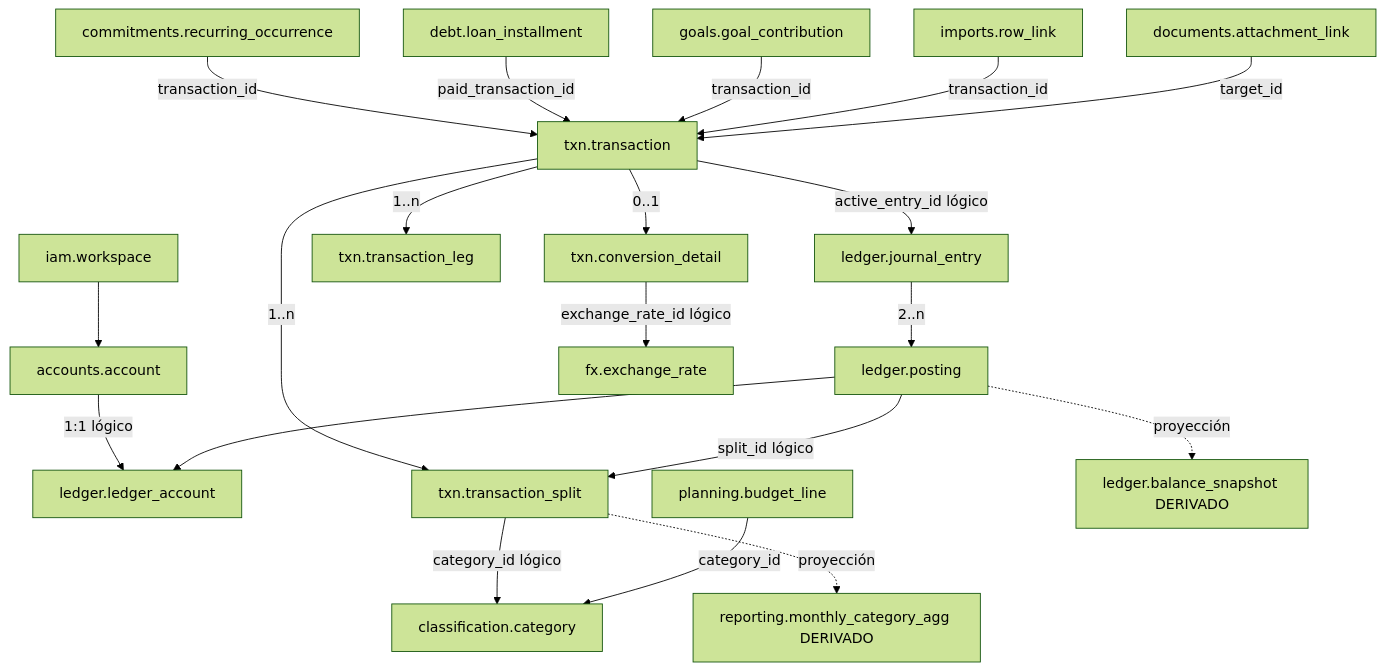
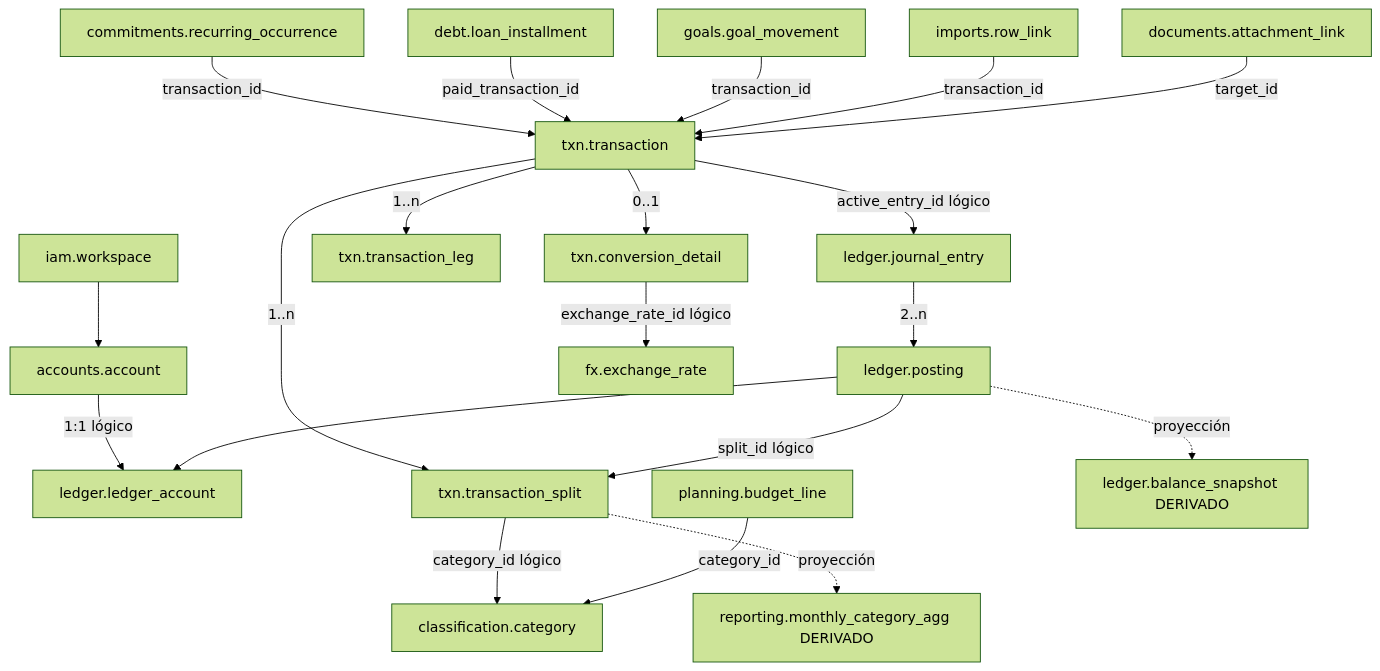
Before and after one commit to manuXD270516/personal-finances: the second of 22 diagrams in docs/08-data-model.md, drawn with Mermaid (forest theme). The commit also changed other lines of this file and 254 other files, not shown here.

````diff
--- a/docs/08-data-model.md
+++ b/docs/08-data-model.md
@@ -153,22 +153,22 @@
 ```mermaid
 flowchart TB
   WS[iam.workspace] --> ACC[accounts.account]
   ACC -->|1:1 lógico| LA[ledger.ledger_account]
   TX[txn.transaction] -->|1..n| SP[txn.transaction_split]
   TX -->|active_entry_id lógico| JE[ledger.journal_entry]
   TX -->|1..n| LEG[txn.transaction_leg]
   JE -->|2..n| PO[ledger.posting]
   PO -->|split_id lógico| SP
   PO --> LA
   TX -->|0..1| CD[txn.conversion_detail]
   CD -->|exchange_rate_id lógico| FR[fx.exchange_rate]
   SP -->|category_id lógico| CAT[classification.category]
   OCC[commitments.recurring_occurrence] -->|transaction_id| TX
   INST[debt.loan_installment] -->|paid_transaction_id| TX
-  GC[goals.goal_contribution] -->|transaction_id| TX
+  GM[goals.goal_movement] -->|transaction_id| TX
   IR[imports.row_link] -->|transaction_id| TX
   AL[documents.attachment_link] -->|target_id| TX
   BL[planning.budget_line] -->|category_id| CAT
   PO -. proyección .-> SNAP[ledger.balance_snapshot DERIVADO]
   SP -. proyección .-> AGG[reporting.monthly_category_agg DERIVADO]
 ```
````
